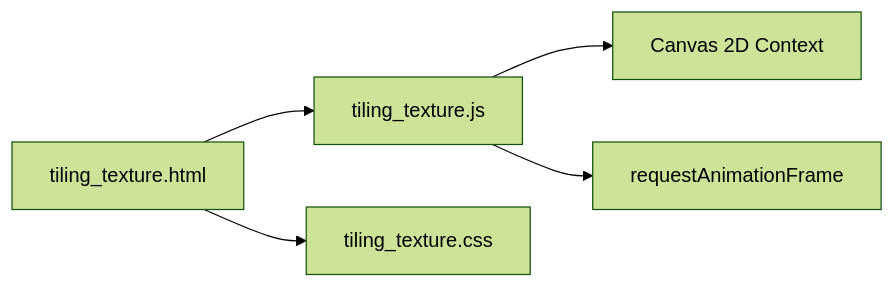
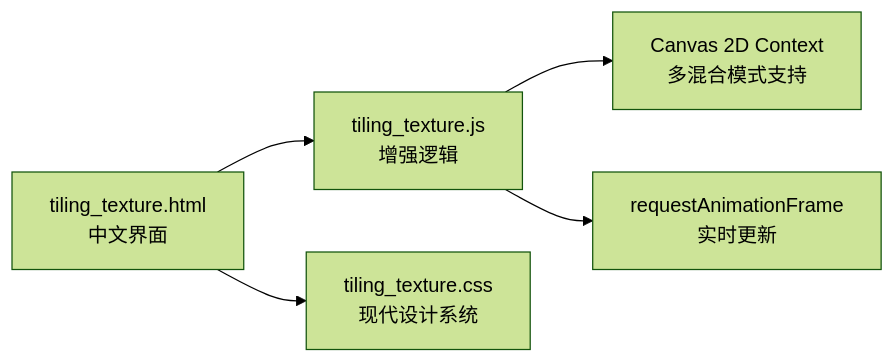
One commit to treasureGrove/TAWEBTOOL changed the ninth of 9 diagrams in .qoder/repowiki/en/content/Image Processing Tools/Tiling Texture Preview.md. Above: the diagram before and after it, drawn with Mermaid (forest theme). The commit also changed other lines of this file and 30 other files, not shown here.

````diff
--- a/.qoder/repowiki/en/content/Image Processing Tools/Tiling Texture Preview.md
+++ b/.qoder/repowiki/en/content/Image Processing Tools/Tiling Texture Preview.md
@@ -263,7 +278,7 @@
 ```mermaid
 graph LR
-HTML["tiling_texture.html"] --> JS["tiling_texture.js"]
-JS --> Ctx["Canvas 2D Context"]
-JS --> RAF["requestAnimationFrame"]
-HTML --> CSS["tiling_texture.css"]
+HTML["tiling_texture.html<br/>中文界面"] --> JS["tiling_texture.js<br/>增强逻辑"]
+JS --> Ctx["Canvas 2D Context<br/>多混合模式支持"]
+JS --> RAF["requestAnimationFrame<br/>实时更新"]
+HTML --> CSS["tiling_texture.css<br/>现代设计系统"]
 ```
````
